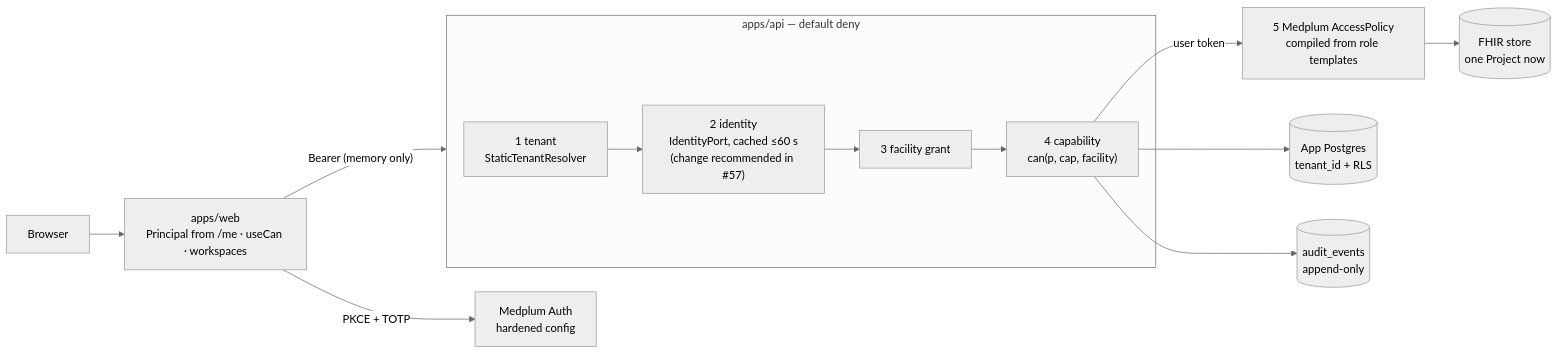
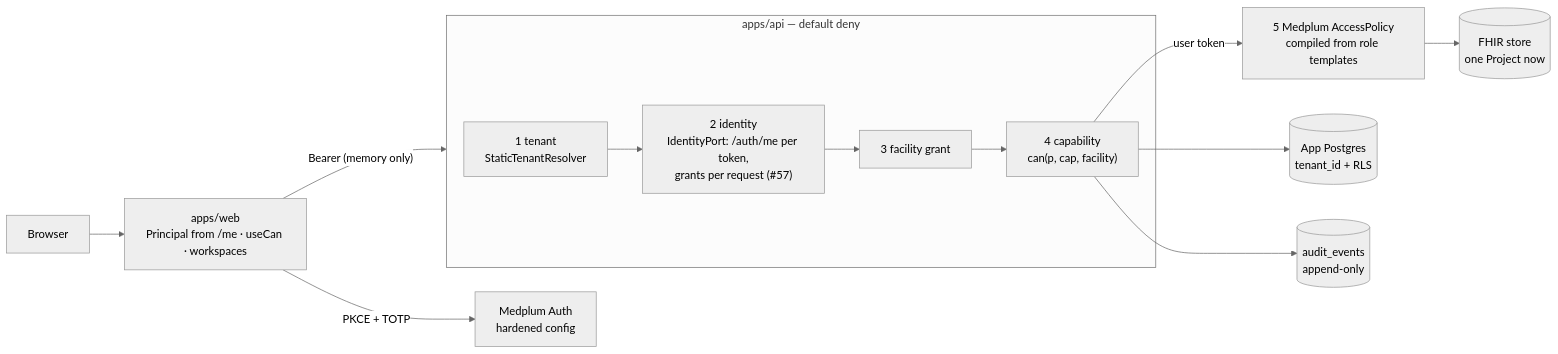
The second of 6 diagrams in docs/plan/iam/before-after-architecture.md (imRahul05/ASC-EHR), drawn with Mermaid (neutral theme) before and after one commit. The commit also changed 5 other files, not shown here.

Commit message:
docs: IAM notes, architecture docs and runbooks follow decisions #57 and #59

````diff
--- a/docs/plan/iam/before-after-architecture.md
+++ b/docs/plan/iam/before-after-architecture.md
@@ -21,13 +21,13 @@
 ```mermaid
 flowchart LR
     U["Browser"] --> W["apps/web<br/>Principal from /me · useCan · workspaces"]
     W -->|"PKCE + TOTP"| MA["Medplum Auth<br/>hardened config"]
     W -->|"Bearer (memory only)"| API
     subgraph API ["apps/api — default deny"]
-        G1["1 tenant<br/>StaticTenantResolver"] --> G2["2 identity<br/>IdentityPort, cached ≤60 s<br/>(change recommended in #57)"] --> G3["3 facility grant"] --> G4["4 capability<br/>can(p, cap, facility)"]
+        G1["1 tenant<br/>StaticTenantResolver"] --> G2["2 identity<br/>IdentityPort: /auth/me per token,<br/>grants per request (#57)"] --> G3["3 facility grant"] --> G4["4 capability<br/>can(p, cap, facility)"]
     end
     G4 -->|"user token"| G5["5 Medplum AccessPolicy<br/>compiled from role templates"]
     G5 --> FHIR[("FHIR store<br/>one Project now")]
     G4 --> PG[("App Postgres<br/>tenant_id + RLS")]
     G4 --> AUD[("audit_events<br/>append-only")]
 ```
````
